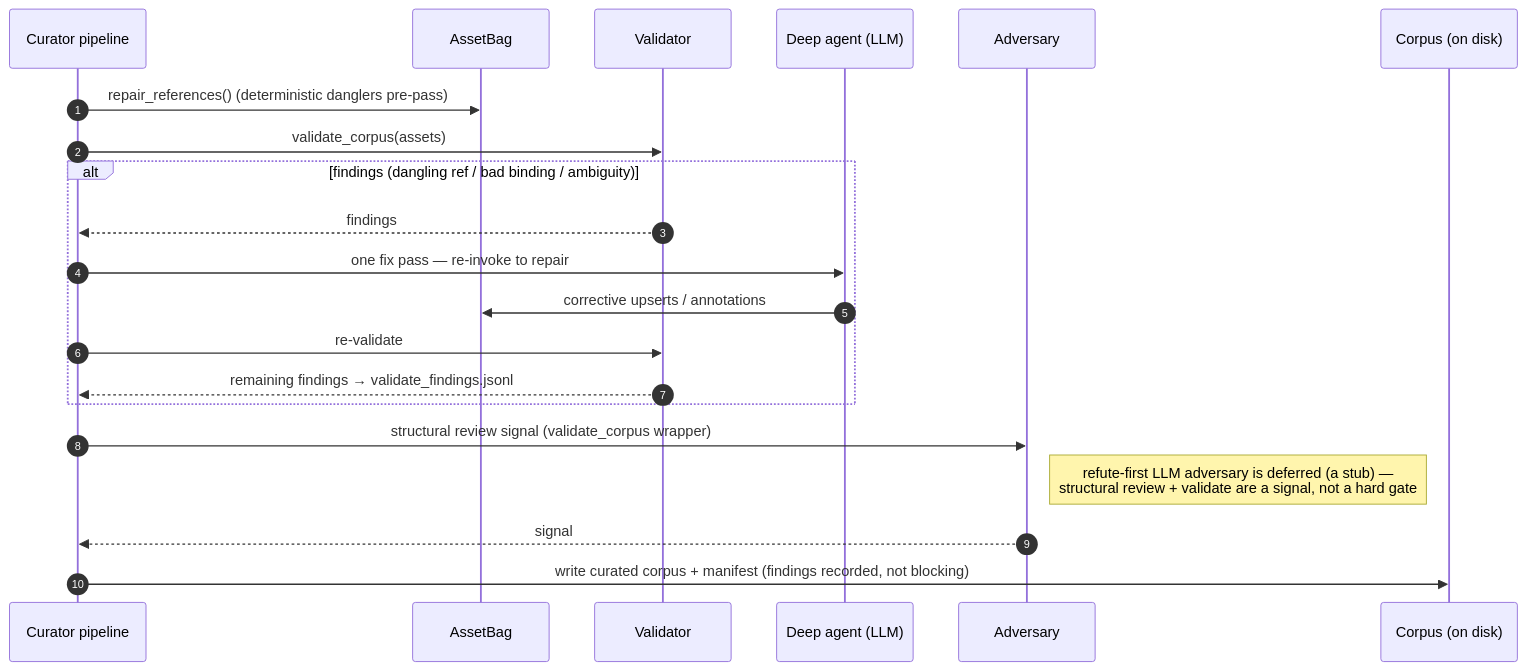
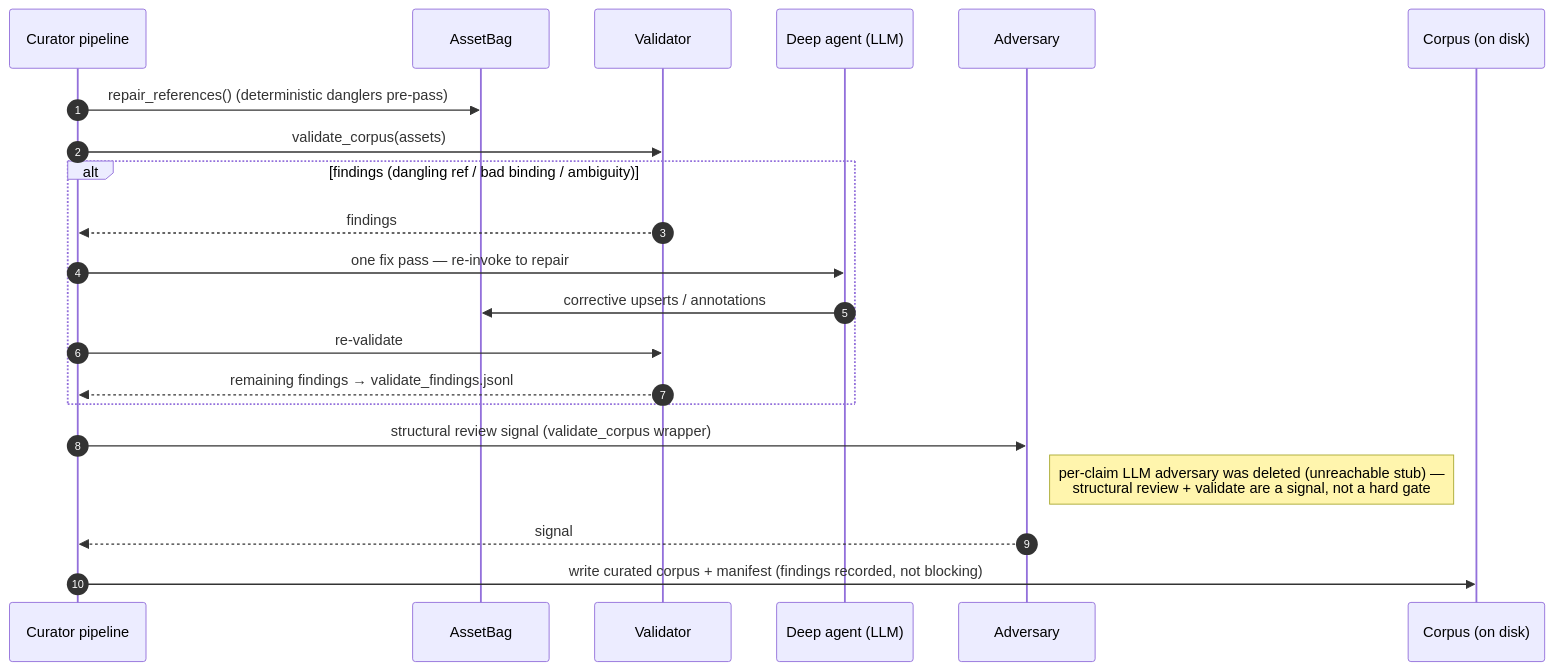
Before and after one commit to Minhao-Zhang/governed-bi: the fifth of 6 diagrams in docs/curator-sequence.md, drawn with Mermaid. The commit also changed other lines of this file and 26 other files, not shown here.

````diff
--- a/docs/curator-sequence.md
+++ b/docs/curator-sequence.md
@@ -147,24 +147,24 @@
 ```mermaid
 sequenceDiagram
     autonumber
     participant P as Curator pipeline
     participant BAG as AssetBag
     participant VAL as Validator
     participant AG as Deep agent (LLM)
     participant ADV as Adversary
     participant DISK as Corpus (on disk)
 
     P->>BAG: repair_references() (deterministic danglers pre-pass)
     P->>VAL: validate_corpus(assets)
     alt findings (dangling ref / bad binding / ambiguity)
         VAL-->>P: findings
         P->>AG: one fix pass — re-invoke to repair
         AG->>BAG: corrective upserts / annotations
         P->>VAL: re-validate
         VAL-->>P: remaining findings → validate_findings.jsonl
     end
     P->>ADV: structural review signal (validate_corpus wrapper)
-    Note right of ADV: refute-first LLM adversary is deferred (a stub) —<br/>structural review + validate are a signal, not a hard gate
+    Note right of ADV: per-claim LLM adversary was deleted (unreachable stub) —<br/>structural review + validate are a signal, not a hard gate
     ADV-->>P: signal
     P->>DISK: write curated corpus + manifest (findings recorded, not blocking)
 ```
````
